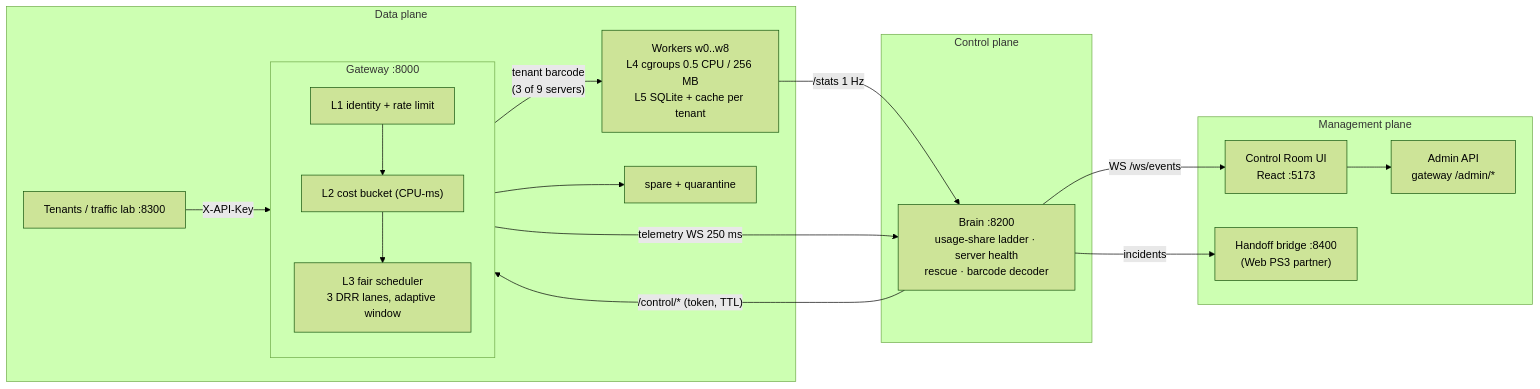
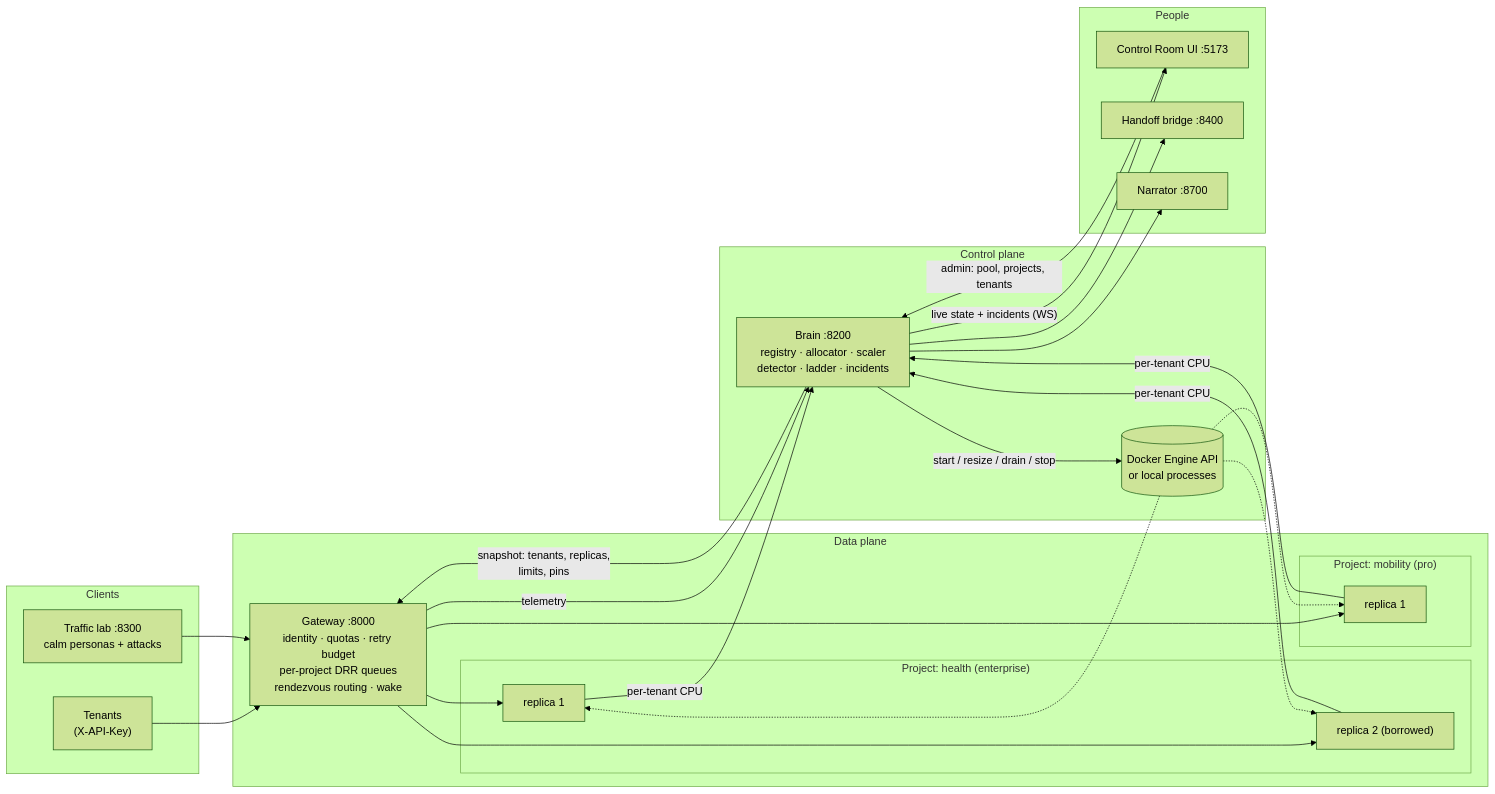
The first of 2 diagrams in README.md (yashodeepchaudhari/tenantguard), drawn with Mermaid (forest theme) before and after one commit. The commit also changed other lines of this file and 9 other files, not shown here.

````diff
--- a/README.md
+++ b/README.md
@@ -19,26 +48,37 @@
 ```mermaid
 flowchart LR
-  subgraph MGMT["Management plane"]
-    UI["Control Room UI<br/>React :5173"]
-    ADMIN["Admin API<br/>gateway /admin/*"]
-    HO["Handoff bridge :8400<br/>(Web PS3 partner)"]
+  subgraph Clients
+    T["Tenants<br/>(X-API-Key)"]
+    LAB["Traffic lab :8300<br/>calm personas + attacks"]
   end
-  subgraph DATA["Data plane"]
-    CL["Tenants / traffic lab :8300"] -->|"X-API-Key"| GW
-    subgraph GW["Gateway :8000"]
-      direction TB
-      L1["L1 identity + rate limit"] --> L2["L2 cost bucket (CPU-ms)"] --> L3["L3 fair scheduler<br/>3 DRR lanes, adaptive window"]
+  subgraph Data["Data plane"]
+    GW["Gateway :8000<br/>identity · quotas · retry budget<br/>per-project DRR queues<br/>rendezvous routing · wake"]
+    subgraph P1["Project: health (enterprise)"]
+      R1["replica 1"]
+      R2["replica 2 (borrowed)"]
     end
-    GW -->|"tenant barcode<br/>(3 of 9 servers)"| W["Workers w0..w8<br/>L4 cgroups 0.5 CPU / 256 MB<br/>L5 SQLite + cache per tenant"]
-    GW --> SP["spare + quarantine"]
+    subgraph P2["Project: mobility (pro)"]
+      R3["replica 1"]
+    end
   end
-  subgraph CTRL["Control plane"]
-    BR["Brain :8200<br/>usage-share ladder · server health<br/>rescue · barcode decoder"]
+  subgraph Control["Control plane"]
+    BR["Brain :8200<br/>registry · allocator · scaler<br/>detector · ladder · incidents"]
+    DK[("Docker Engine API<br/>or local processes")]
   end
-  GW -- "telemetry WS 250 ms" --> BR
-  W -- "/stats 1 Hz" --> BR
-  BR -- "/control/* (token, TTL)" --> GW
-  BR -- "WS /ws/events" --> UI
-  BR -- "incidents" --> HO
-  UI --> ADMIN
+  subgraph People["People"]
+    UI["Control Room UI :5173"]
+    HO["Handoff bridge :8400"]
+    NA["Narrator :8700"]
+  end
+  T --> GW
+  LAB --> GW
+  GW --> R1 & R2 & R3
+  GW -- "telemetry" --> BR
+  R1 & R2 & R3 -- "per-tenant CPU" --> BR
+  BR -- "snapshot: tenants, replicas,<br/>limits, pins" --> GW
+  BR -- "start / resize / drain / stop" --> DK
+  DK -.-> R1 & R2 & R3
+  BR -- "live state + incidents (WS)" --> UI
+  BR --> HO & NA
+  UI -- "admin: pool, projects, tenants" --> BR
 ```
````
